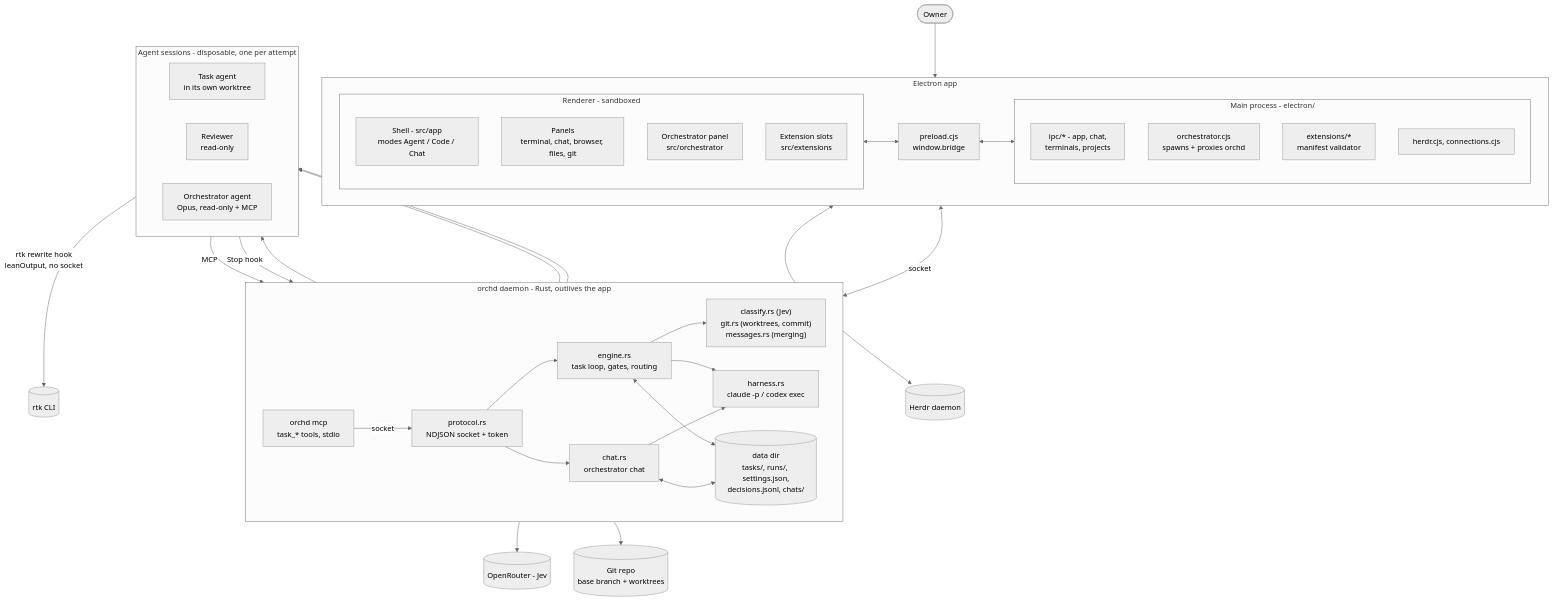
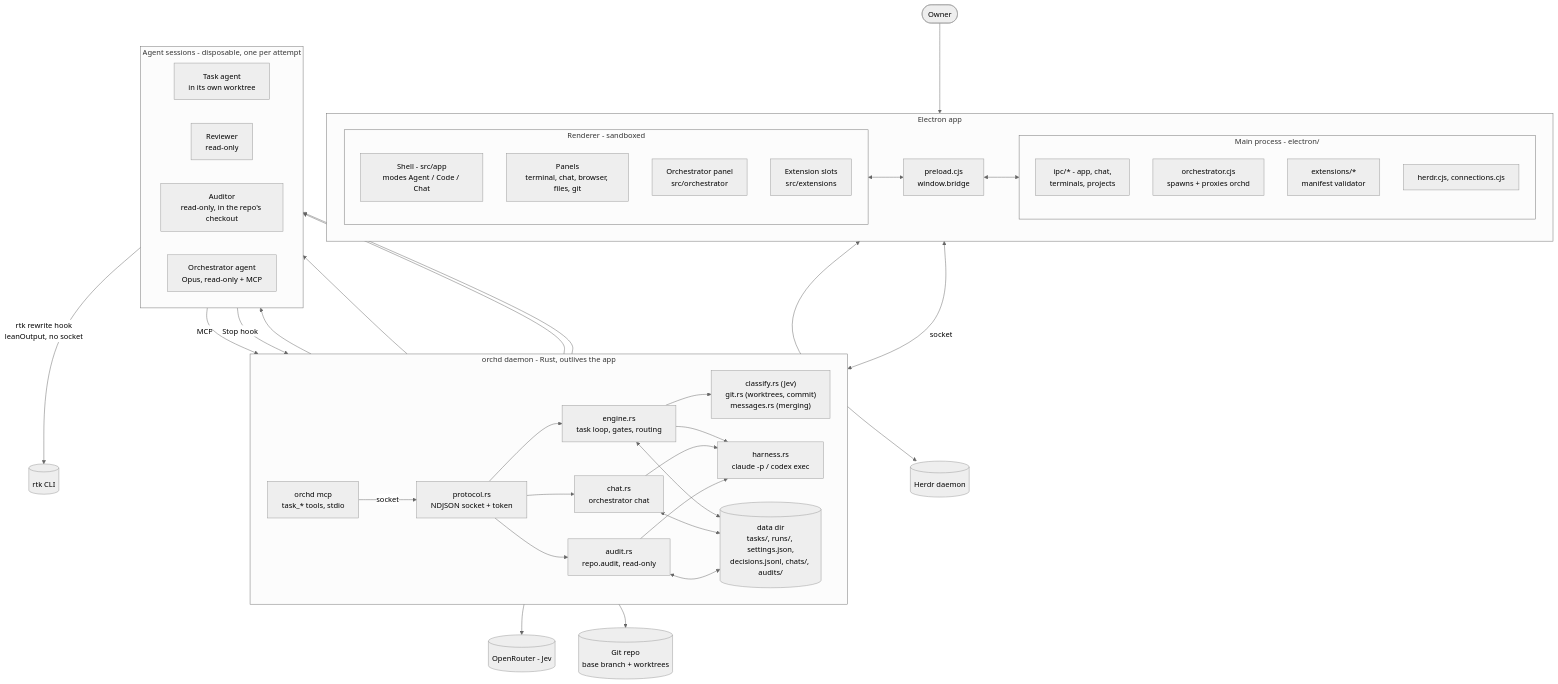
The first of 6 diagrams in docs/architecture.md (sushi-killer/sushiAI), drawn with Mermaid (neutral theme) before and after one commit. The commit also changed 15 other files, not shown here.

Commit message:
feat: orchd repo audit, a read-only agent-readiness report for any git repository

````diff
--- a/docs/architecture.md
+++ b/docs/architecture.md
@@ -11,62 +11,64 @@
 ```mermaid
 flowchart TB
   owner([Owner])
 
   subgraph app["Electron app"]
     direction LR
     subgraph renderer["Renderer - sandboxed"]
       direction TB
       shell["Shell - src/app<br/>modes Agent / Code / Chat"]
       panels["Panels<br/>terminal, chat, browser, files, git"]
       orchPanel["Orchestrator panel<br/>src/orchestrator"]
       slots["Extension slots<br/>src/extensions"]
     end
     preload["preload.cjs<br/>window.bridge"]
     subgraph main["Main process - electron/"]
       direction TB
       ipc["ipc/* - app, chat,<br/>terminals, projects"]
       orchSvc["orchestrator.cjs<br/>spawns + proxies orchd"]
       extMgr["extensions/*<br/>manifest validator"]
       herdrIpc["herdr.cjs, connections.cjs"]
     end
     orchPanel <--> preload <--> orchSvc
   end
 
   subgraph orchd["orchd daemon - Rust, outlives the app"]
     direction LR
     proto["protocol.rs<br/>NDJSON socket + token"]
     engine["engine.rs<br/>task loop, gates, routing"]
     chat["chat.rs<br/>orchestrator chat"]
+    audit["audit.rs<br/>repo.audit, read-only"]
     harness["harness.rs<br/>claude -p / codex exec"]
     side["classify.rs (Jev)<br/>git.rs (worktrees, commit)<br/>messages.rs (merging)"]
-    store[("data dir<br/>tasks/, runs/, settings.json,<br/>decisions.jsonl, chats/")]
+    store[("data dir<br/>tasks/, runs/, settings.json,<br/>decisions.jsonl, chats/, audits/")]
     mcp["orchd mcp<br/>task_* tools, stdio"]
-    proto --> engine & chat
+    proto --> engine & chat & audit
     engine --> side
-    engine & chat --> harness
-    engine & chat <--> store
+    engine & chat & audit --> harness
+    engine & chat & audit <--> store
     mcp -->|socket| proto
   end
 
   subgraph agents["Agent sessions - disposable, one per attempt"]
     direction LR
     taskAgent["Task agent<br/>in its own worktree"]
     reviewer["Reviewer<br/>read-only"]
+    auditor["Auditor<br/>read-only, in the repo's checkout"]
     orchAgent["Orchestrator agent<br/>Opus, read-only + MCP"]
   end
 
   herdr[("Herdr daemon")]
   ext[("OpenRouter - Jev")]
   repo[("Git repo<br/>base branch + worktrees")]
   rtk[("rtk CLI")]
 
   owner --> shell
   orchSvc <-->|socket| proto
-  harness --> taskAgent & reviewer & orchAgent
+  harness --> taskAgent & reviewer & auditor & orchAgent
   orchAgent -->|MCP| mcp
   taskAgent -->|Stop hook| proto
   taskAgent -->|rtk rewrite hook<br/>leanOutput, no socket| rtk
   side --> ext
   side --> repo
   herdrIpc <--> herdr
 ```
````
